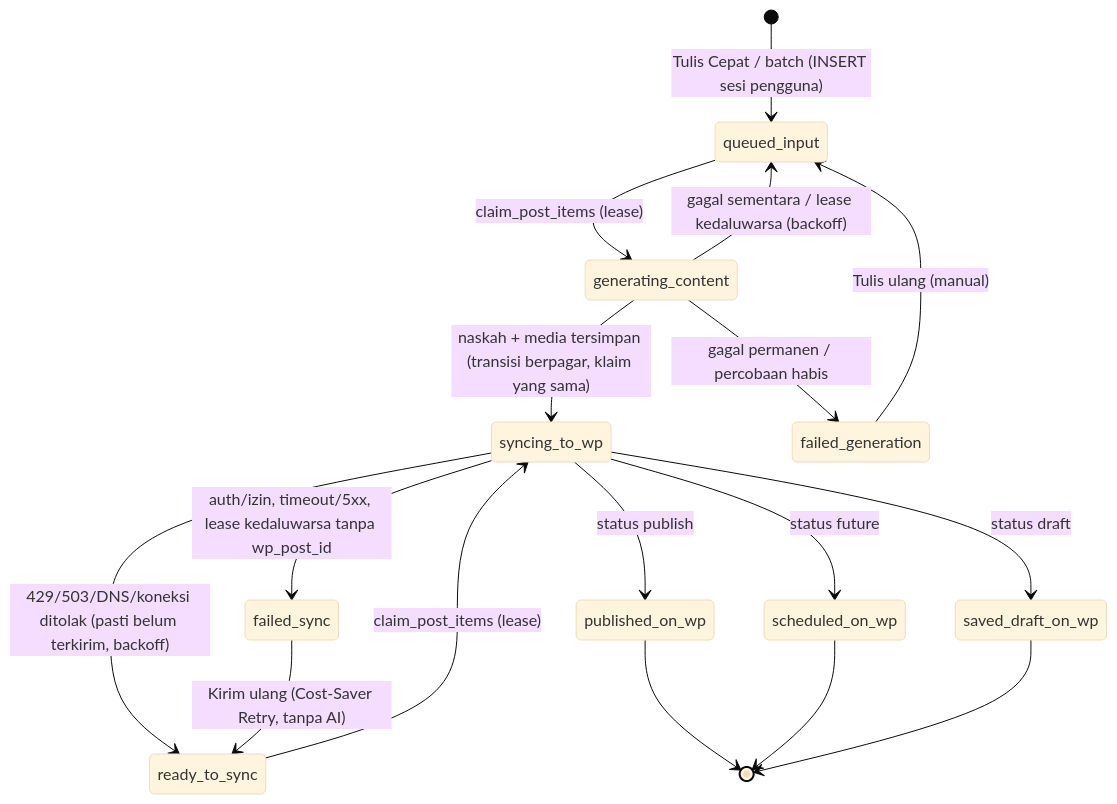
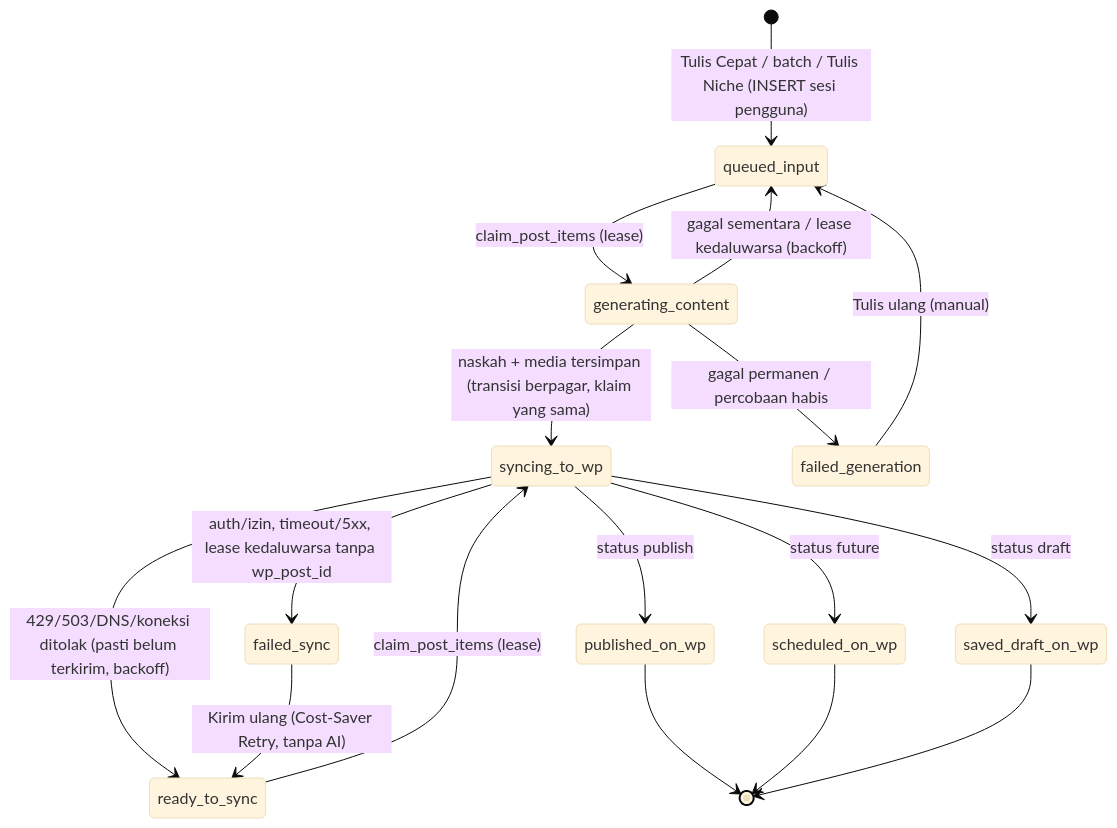
One commit to erzawansyah/wp-autopost-dashboard changed the second of 3 diagrams in ARCHITECTURE.md. Above: the diagram before and after it, drawn with Mermaid (base theme). The commit also changed other lines of this file and 47 other files, not shown here.

````diff
--- a/ARCHITECTURE.md
+++ b/ARCHITECTURE.md
@@ -425,19 +430,19 @@
 ```mermaid
 stateDiagram-v2
-    [*] --> queued_input: Tulis Cepat / batch (INSERT sesi pengguna)
+    [*] --> queued_input: Tulis Cepat / batch / Tulis Niche (INSERT sesi pengguna)
     queued_input --> generating_content: claim_post_items (lease)
     generating_content --> syncing_to_wp: naskah + media tersimpan (transisi berpagar, klaim yang sama)
     generating_content --> queued_input: gagal sementara / lease kedaluwarsa (backoff)
     generating_content --> failed_generation: gagal permanen / percobaan habis
     ready_to_sync --> syncing_to_wp: claim_post_items (lease)
     syncing_to_wp --> ready_to_sync: 429/503/DNS/koneksi ditolak (pasti belum terkirim, backoff)
     syncing_to_wp --> published_on_wp: status publish
     syncing_to_wp --> scheduled_on_wp: status future
     syncing_to_wp --> saved_draft_on_wp: status draft
     syncing_to_wp --> failed_sync: auth/izin, timeout/5xx, lease kedaluwarsa tanpa wp_post_id
     failed_generation --> queued_input: Tulis ulang (manual)
     failed_sync --> ready_to_sync: Kirim ulang (Cost-Saver Retry, tanpa AI)
     published_on_wp --> [*]
     scheduled_on_wp --> [*]
     saved_draft_on_wp --> [*]
 ```
````
